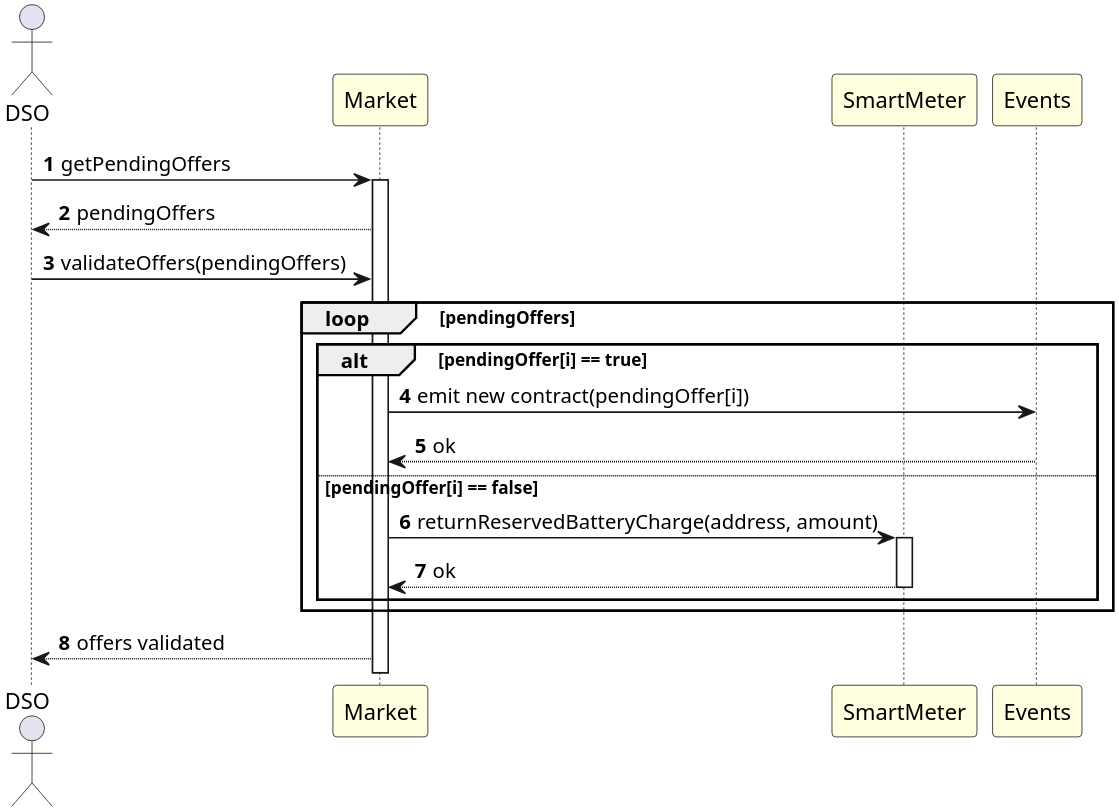
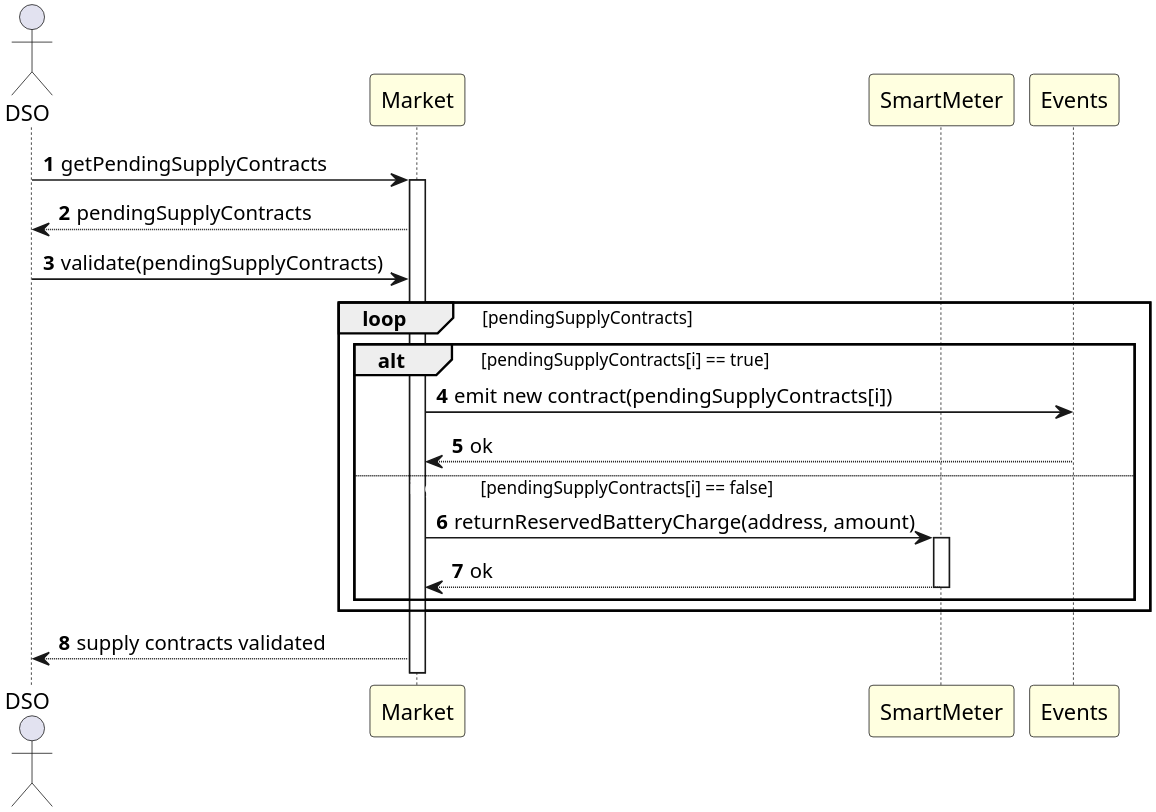
The diagram in docs/SequenceDiagrams/validateOffers.puml (antonoeschmidt/SmartGridEmpowered), drawn with PlantUML before and after one commit. The commit also changed 2 other files, not shown here.

```diff
--- a/docs/SequenceDiagrams/validateOffers.puml
+++ b/docs/SequenceDiagrams/validateOffers.puml
@@ -1,24 +1,33 @@
-@startuml BuyOffer
+@startuml pendingSupplyContracts
+<style>
+sequenceDiagram  {
+  group {
+    FontColor white
+    FontStyle normal
+  }
+}
+</STYLE>
+
 actor DSO
 participant Market #LightYellow
 participant SmartMeter #LightYellow
 participant Events #LightYellow 
 
 skinparam dpi 300
 
 autonumber
 
-DSO -> Market++: getPendingOffers
-Market --> DSO: pendingOffers
-DSO -> Market: validateOffers(pendingOffers)
-loop pendingOffers
-alt pendingOffer[i] == true
-Market -> Events: emit new contract(pendingOffer[i])
+DSO -> Market++: getPendingSupplyContracts
+Market --> DSO: pendingSupplyContracts
+DSO -> Market: validate(pendingSupplyContracts)
+loop <color:black>[pendingSupplyContracts]</color>
+alt <color:black>[pendingSupplyContracts[i] == true]</color>
+Market -> Events: emit new contract(pendingSupplyContracts[i])
 Events --> Market: ok
-else pendingOffer[i] == false
+else pendingSupp <color:black>[pendingSupplyContracts[i] == false]</color>
 Market -> SmartMeter ++: returnReservedBatteryCharge(address, amount)
 SmartMeter --> Market --: ok
 end
 end
-Market --> DSO: offers validated
+Market --> DSO: supply contracts validated
 @enduml
```
